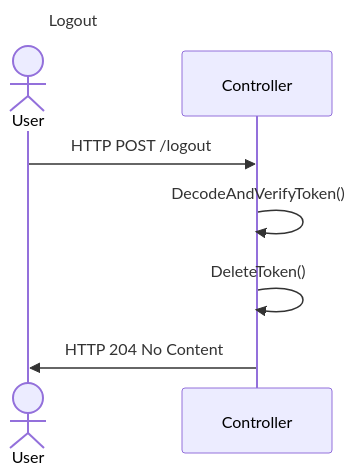
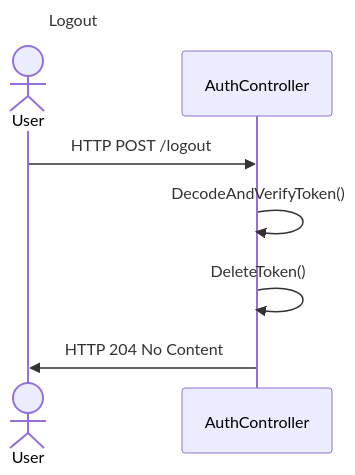
Before and after one commit to debangerter/m223-punchclock-dbangert: the eighth of 8 diagrams in readme.md, drawn with Mermaid. The commit also changed other lines of this file, not shown here.

````diff
--- a/readme.md
+++ b/readme.md
@@ -187,12 +181,12 @@
 ```mermaid
 ---
 title: Logout
 ---
 sequenceDiagram
     actor User
-    participant Api as Controller
+    participant Api as AuthController
     User ->> Api: HTTP POST /logout
     Api ->> Api: DecodeAndVerifyToken()
     Api ->> Api: DeleteToken()
     Api ->> User: HTTP 204 No Content
 ```
````
